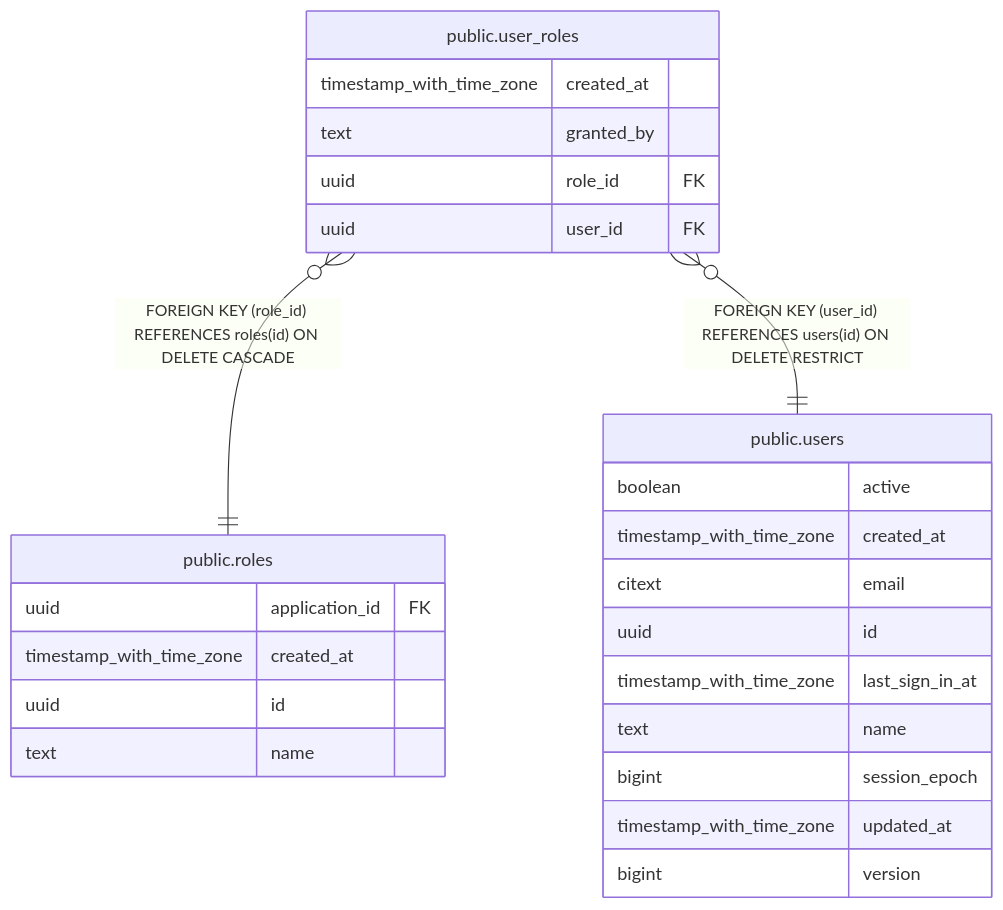
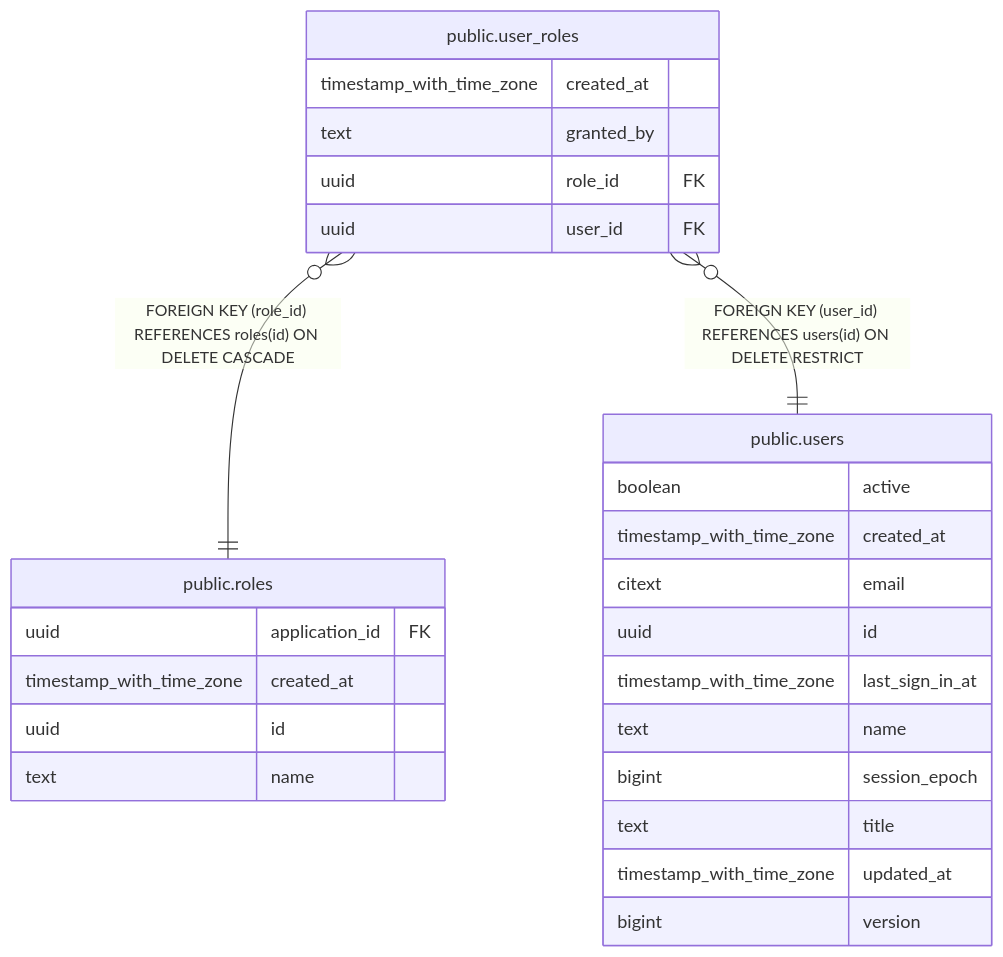
One commit to paderinandrey/identity-service changed the diagram in docs/schema/public.user_roles.md. Above: the diagram before and after it, drawn with Mermaid. The commit also changed 33 other files, not shown here.

````diff
--- a/docs/schema/public.user_roles.md
+++ b/docs/schema/public.user_roles.md
@@ -36,30 +36,31 @@
 ```mermaid
 erDiagram
 
 "public.user_roles" }o--|| "public.roles" : "FOREIGN KEY (role_id) REFERENCES roles(id) ON DELETE CASCADE"
 "public.user_roles" }o--|| "public.users" : "FOREIGN KEY (user_id) REFERENCES users(id) ON DELETE RESTRICT"
 
 "public.user_roles" {
   timestamp_with_time_zone created_at
   text granted_by
   uuid role_id FK
   uuid user_id FK
 }
 "public.roles" {
   uuid application_id FK
   timestamp_with_time_zone created_at
   uuid id
   text name
 }
 "public.users" {
   boolean active
   timestamp_with_time_zone created_at
   citext email
   uuid id
   timestamp_with_time_zone last_sign_in_at
   text name
   bigint session_epoch
+  text title
   timestamp_with_time_zone updated_at
   bigint version
 }
 ```
````
